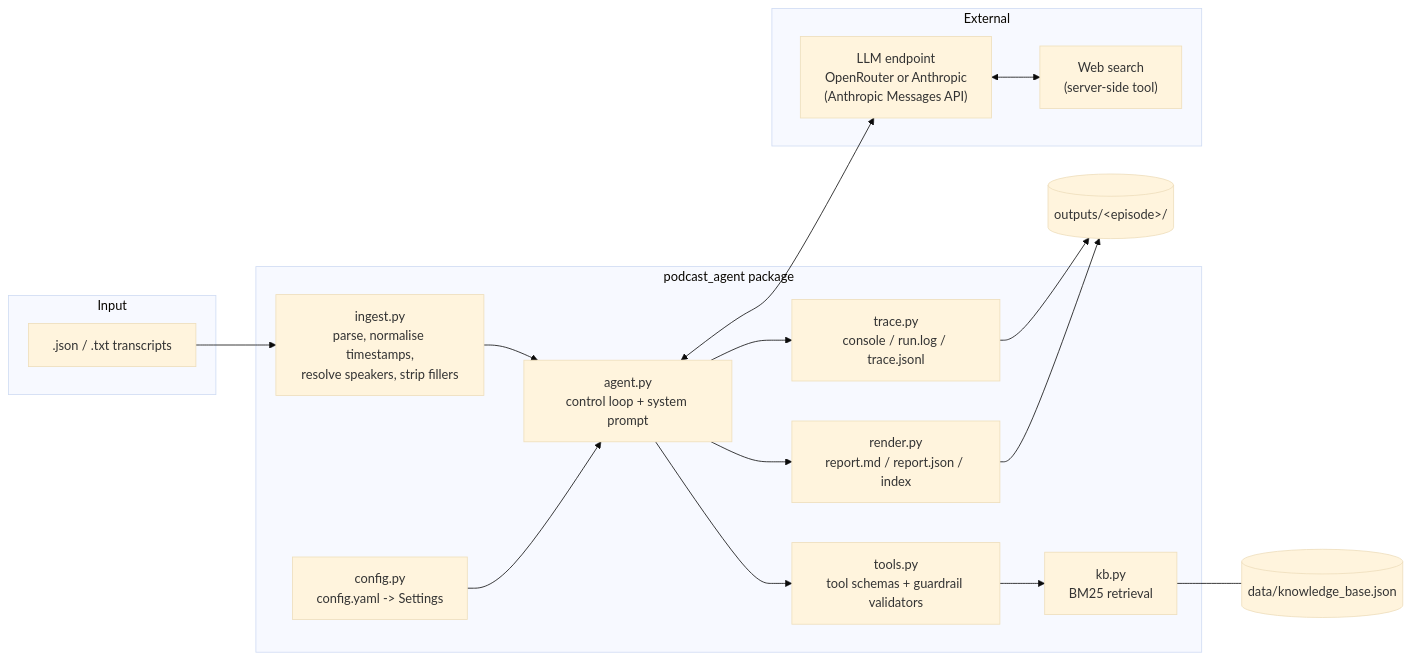
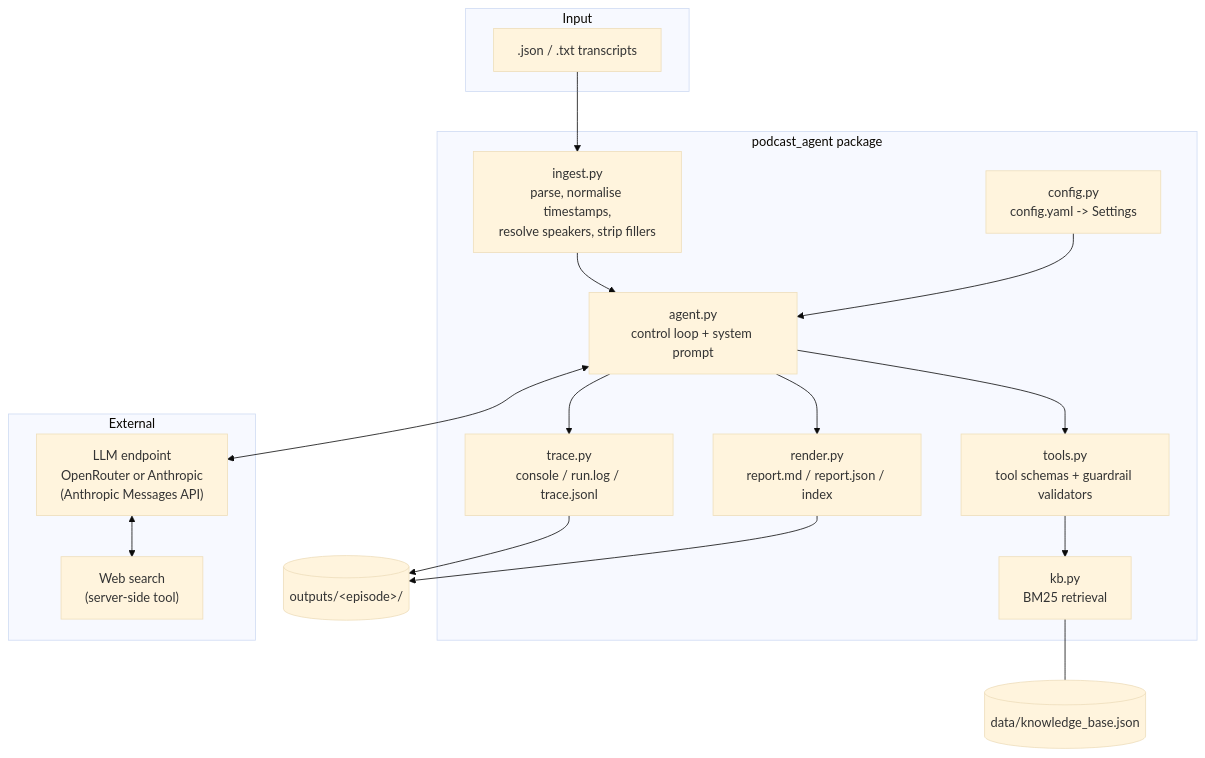
One commit to Ernest0071/podcast-agent changed the first of 4 diagrams in design/ARCHITECTURE.md. Above: the diagram before and after it, drawn with Mermaid (base theme). The commit also changed other lines of this file and 2 other files, not shown here.

First line of the commit message:
Add architecture design PDF and fix sequence diagram syntax

````diff
--- a/design/ARCHITECTURE.md
+++ b/design/ARCHITECTURE.md
@@ -21,34 +21,34 @@
 ```mermaid
-flowchart LR
+flowchart TB
     subgraph Input
         F[".json / .txt transcripts"]
     end
 
     subgraph Core["podcast_agent package"]
         ING["ingest.py<br/>parse, normalise timestamps,<br/>resolve speakers, strip fillers"]
         AG["agent.py<br/>control loop + system prompt"]
         TL["tools.py<br/>tool schemas + guardrail validators"]
         KB["kb.py<br/>BM25 retrieval"]
         TR["trace.py<br/>console / run.log / trace.jsonl"]
         RD["render.py<br/>report.md / report.json / index"]
         CFG["config.py<br/>config.yaml -> Settings"]
     end
 
     subgraph External
         LLM["LLM endpoint<br/>OpenRouter or Anthropic<br/>(Anthropic Messages API)"]
         WEB["Web search<br/>(server-side tool)"]
     end
 
     KBF[("data/knowledge_base.json")]
     OUT[("outputs/&lt;episode&gt;/")]
 
     F --> ING --> AG
     CFG --> AG
     AG <--> LLM
     LLM <--> WEB
     AG --> TL
     TL --> KB
     KB --- KBF
     AG --> TR --> OUT
     AG --> RD --> OUT
 ```
````
